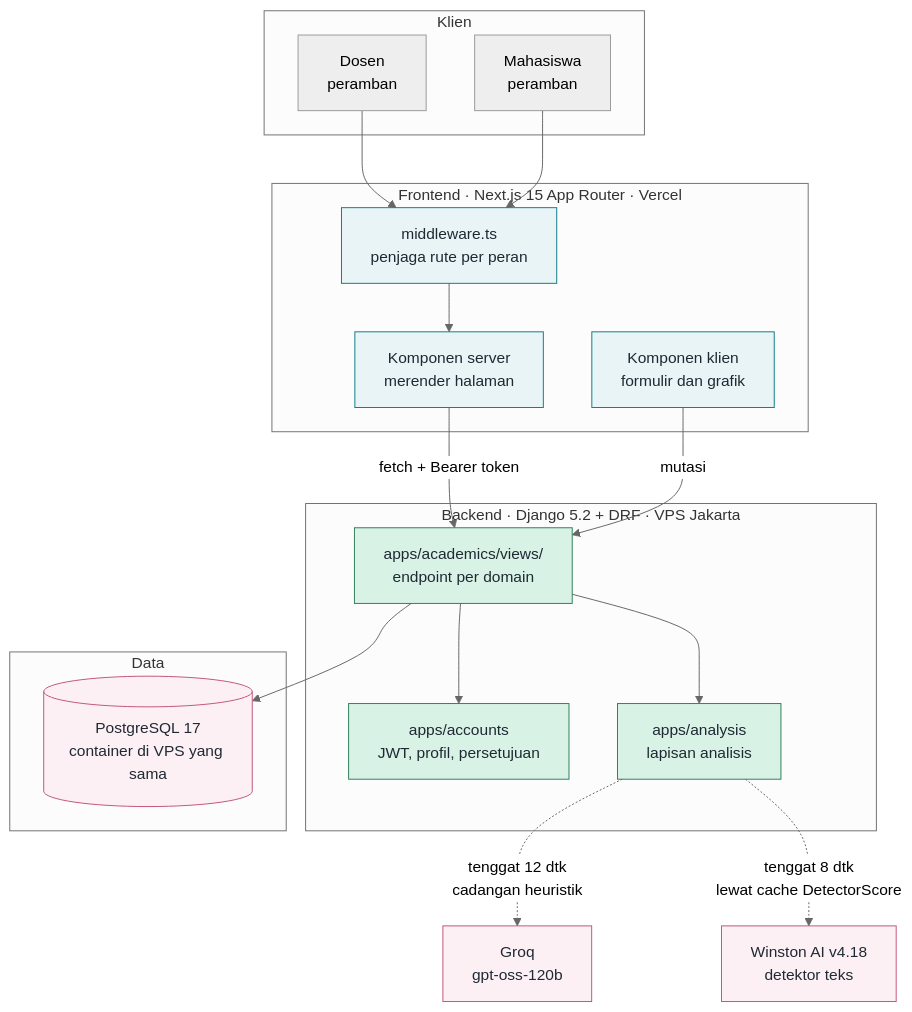
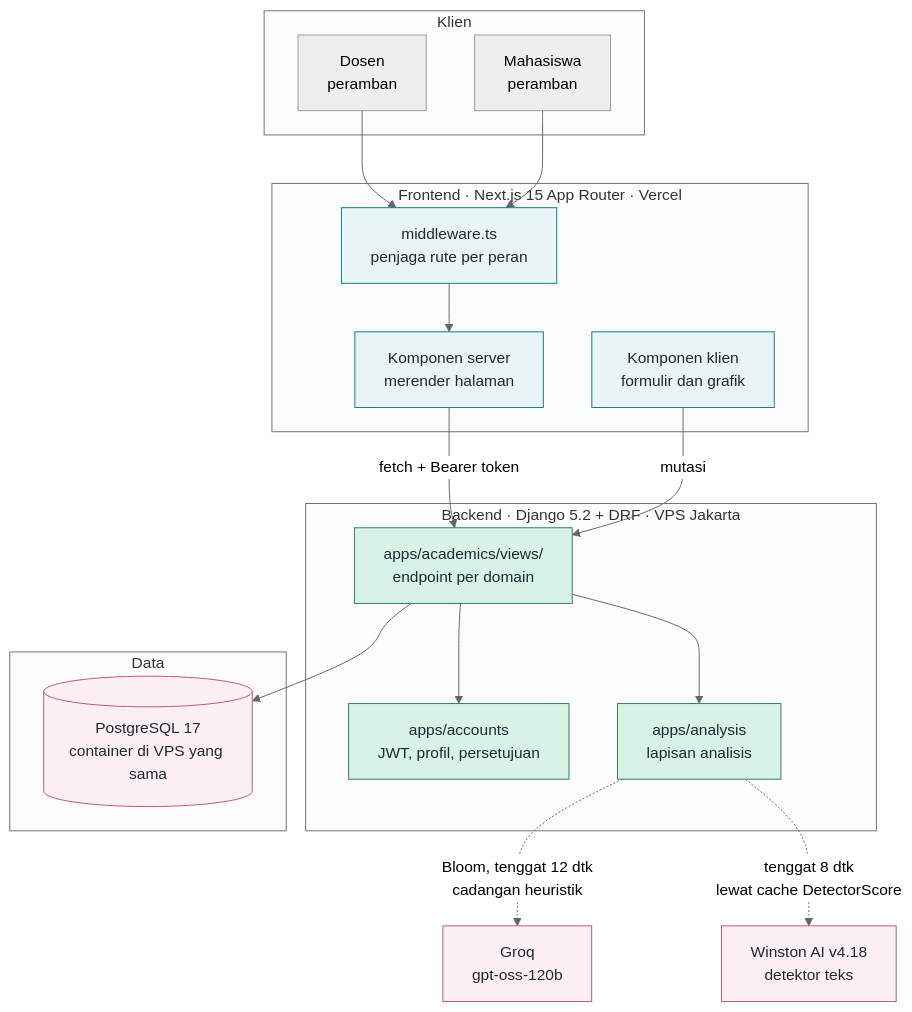
Before and after one commit to FadhRach/ThinkPath: the first of 4 diagrams in diagram/01-arsitektur-sistem.md, drawn with Mermaid (neutral theme). The commit also changed 30 other files, not shown here.

````diff
--- a/diagram/01-arsitektur-sistem.md
+++ b/diagram/01-arsitektur-sistem.md
@@ -15,44 +15,44 @@
 ```mermaid
 flowchart TB
     subgraph K["Klien"]
         D["Dosen<br/>peramban"]
         M["Mahasiswa<br/>peramban"]
     end
 
     subgraph FE["Frontend · Next.js 15 App Router · Vercel"]
         MW["middleware.ts<br/>penjaga rute per peran"]
         SC["Komponen server<br/>merender halaman"]
         CC["Komponen klien<br/>formulir dan grafik"]
     end
 
     subgraph BE["Backend · Django 5.2 + DRF · VPS Jakarta"]
         AUTH["apps/accounts<br/>JWT, profil, persetujuan"]
         API["apps/academics/views/<br/>endpoint per domain"]
         AN["apps/analysis<br/>lapisan analisis"]
     end
 
     subgraph DB["Data"]
         PG[("PostgreSQL 17<br/>container di VPS yang sama")]
     end
 
     LLM["Groq<br/>gpt-oss-120b"]
     WIN["Winston AI v4.18<br/>detektor teks"]
 
     D --> MW
     M --> MW
     MW --> SC
     SC -->|"fetch + Bearer token"| API
     CC -->|"mutasi"| API
     API --> AUTH
     API --> AN
-    AN -.->|"tenggat 12 dtk<br/>cadangan heuristik"| LLM
+    AN -.->|"Bloom, tenggat 12 dtk<br/>cadangan heuristik"| LLM
     AN -.->|"tenggat 8 dtk<br/>lewat cache DetectorScore"| WIN
     API --> PG
 
     classDef fe fill:#E8F4F5,stroke:#0E7C86,color:#1F2933
     classDef be fill:#D9F2E6,stroke:#2E7D5B,color:#1F2933
     classDef ext fill:#FDF0F4,stroke:#C2547A,color:#1F2933
     class MW,SC,CC fe
     class AUTH,API,AN be
     class LLM,WIN,PG ext
 ```
````
